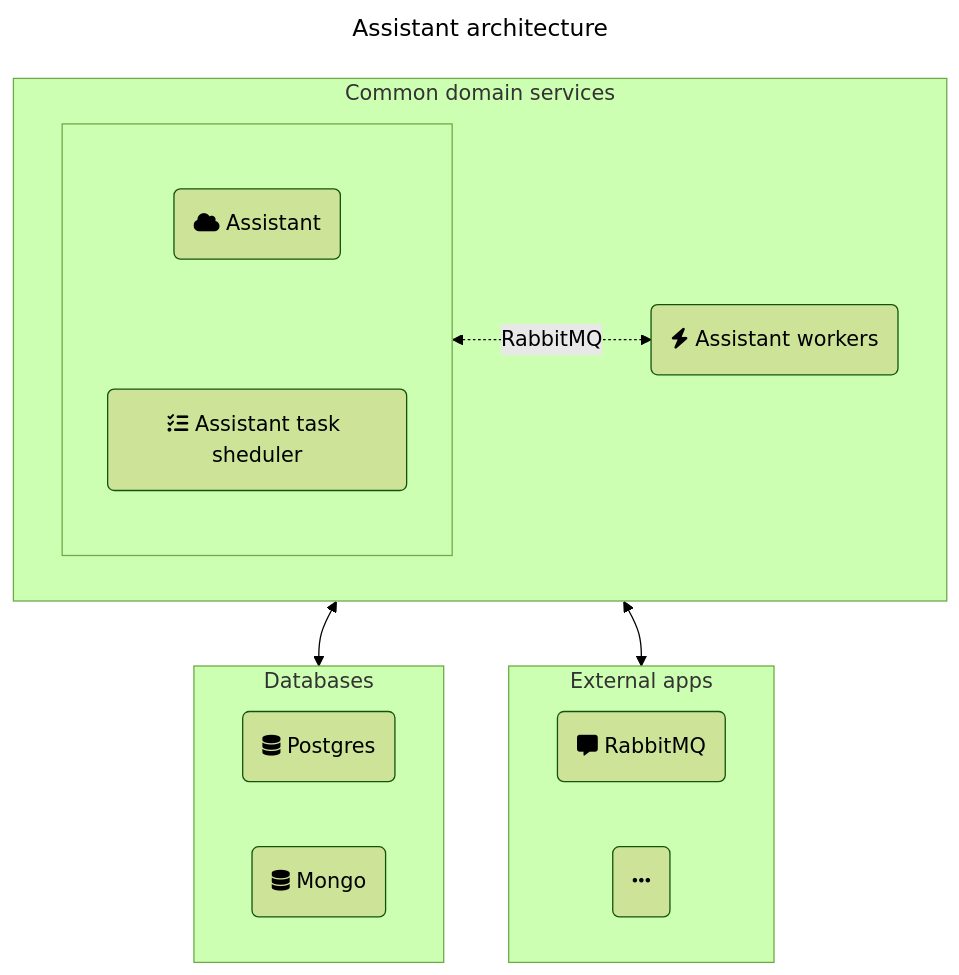
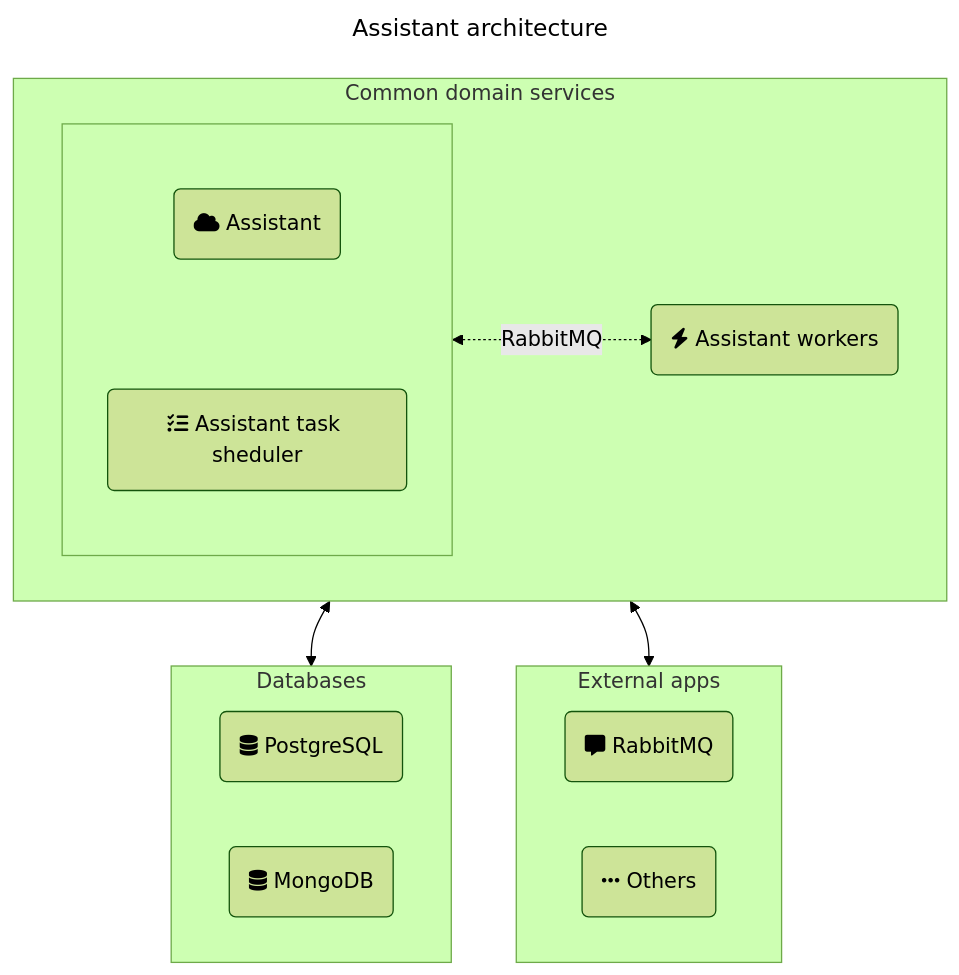
One commit to infanasotku/netku changed the diagram in services/assistant/README.md. Above: the diagram before and after it, drawn with Mermaid (forest theme).

Commit message:
Corrected diagram nodes

````diff
--- a/services/assistant/README.md
+++ b/services/assistant/README.md
@@ -6,30 +6,30 @@
 ```mermaid
 ---
 title: Assistant architecture
 ---
 flowchart TD
     subgraph assistant [Common domain services]
         subgraph initializers [ ]
             A(fa:fa-cloud Assistant)
             A-T(fa:fa-list-check Assistant task sheduler)
             A~~~A-T
         end
         A-W(fa:fa-bolt Assistant workers)
     end
 
     initializers <-.-> |RabbitMQ| A-W
 
     subgraph db [Databases]
-    P(fa:fa-database Postgres)
-    M(fa:fa-database Mongo)
+    P(fa:fa-database PostgreSQL)
+    M(fa:fa-database MongoDB)
     end
 
     subgraph external [External apps]
     R(fa:fa-message RabbitMQ)
-    E(fa:fa-ellipsis)
+    E(fa:fa-ellipsis Others)
 
     end
 
     assistant <--> db
     assistant <--> external
 ```
````
